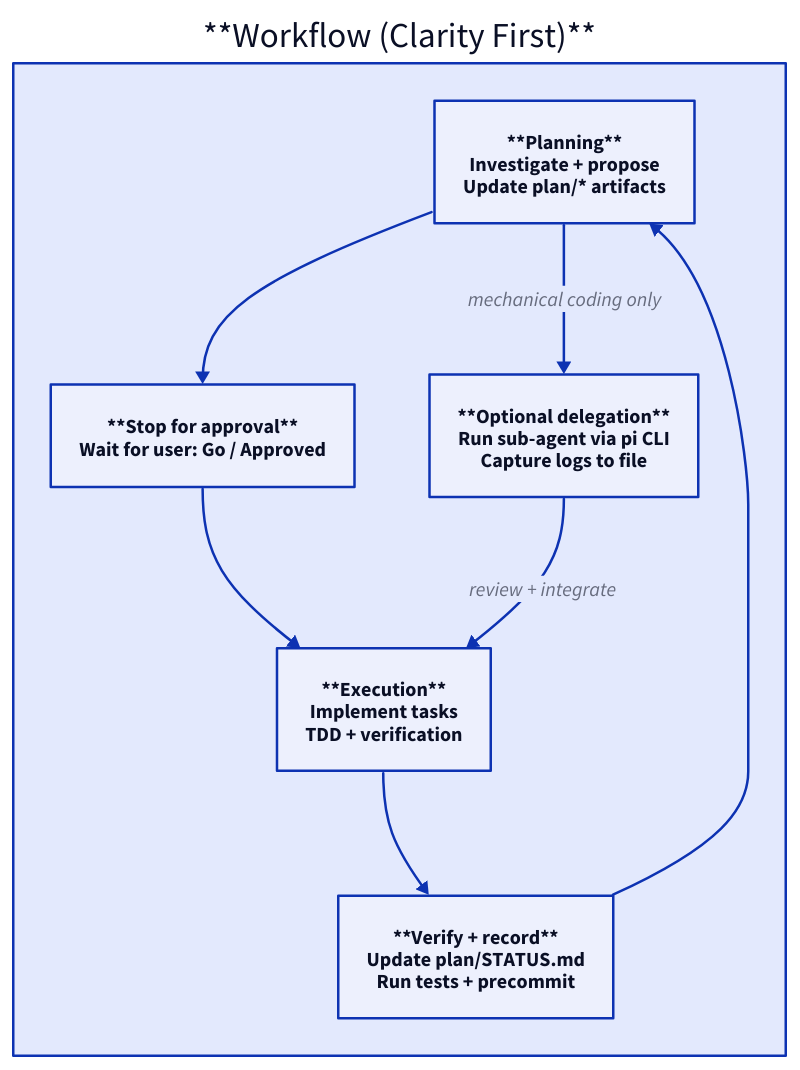
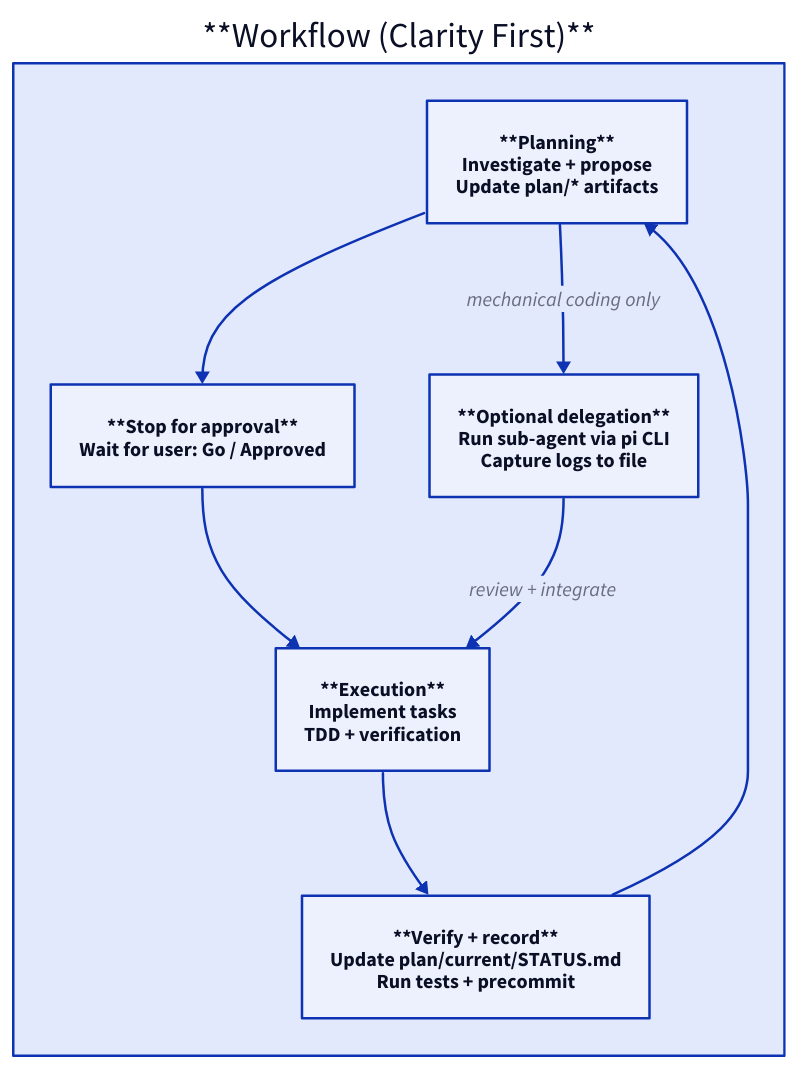
The diagram in plan/diagrams/workflow.d2 (cgint/dspy.ex), drawn with D2 before and after one commit. The commit also changed 28 other files, not shown here.

Commit message:
plan: move working set into plan/current/ (00_NOW, PARITY_QUEUE, STATUS, GAP_ANALYSIS_2026-05); rewrite links

```diff
--- a/plan/diagrams/workflow.d2
+++ b/plan/diagrams/workflow.d2
@@ -1,29 +1,29 @@
 direction: down
 
 workflow: {
   label: "**Workflow (Clarity First)**"
 
   planning: {
     label: "**Planning**\nInvestigate + propose\nUpdate plan/* artifacts"
   }
 
   approval: {
     label: "**Stop for approval**\nWait for user: Go / Approved"
   }
 
   execution: {
     label: "**Execution**\nImplement tasks\nTDD + verification"
   }
 
   verify: {
-    label: "**Verify + record**\nUpdate plan/STATUS.md\nRun tests + precommit"
+    label: "**Verify + record**\nUpdate plan/current/STATUS.md\nRun tests + precommit"
   }
 
   delegate: {
     label: "**Optional delegation**\nRun sub-agent via pi CLI\nCapture logs to file"
   }
 
   planning -> approval -> execution -> verify -> planning
   planning -> delegate: "mechanical coding only"
   delegate -> execution: "review + integrate"
 }
```
